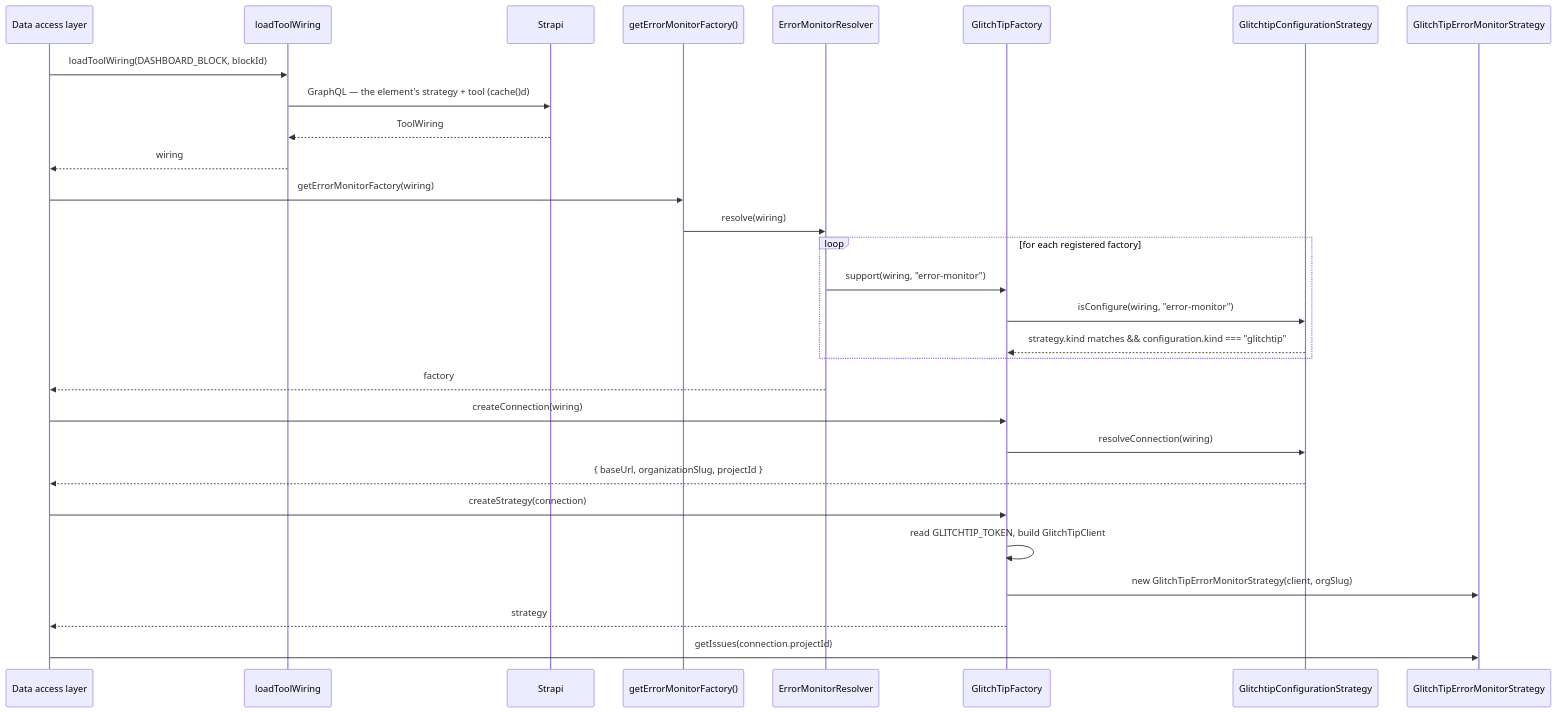
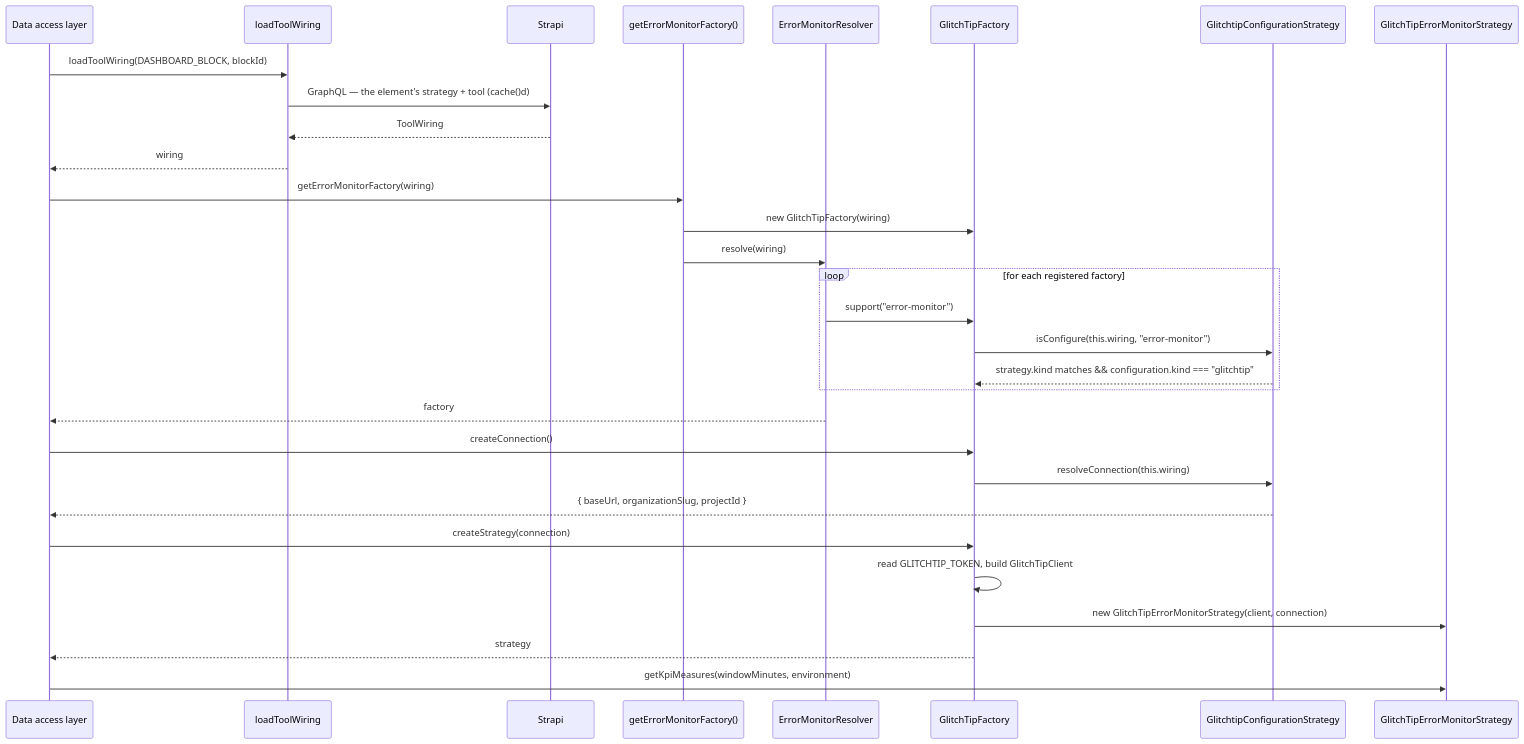
The second of 3 diagrams in apps/docs-site/docs/monitors.md (webteamuxco/dashboard-monitor), drawn with Mermaid before and after one commit. The commit also changed other lines of this file and 6 other files, not shown here.

````diff
--- a/apps/docs-site/docs/monitors.md
+++ b/apps/docs-site/docs/monitors.md
@@ -130,36 +133,37 @@
 ```mermaid
 sequenceDiagram
     participant Caller as Data access layer
     participant Load as loadToolWiring
     participant Strapi
     participant Get as getErrorMonitorFactory()
     participant Resolver as ErrorMonitorResolver
     participant Factory as GlitchTipFactory
     participant Config as GlitchtipConfigurationStrategy
     participant Strategy as GlitchTipErrorMonitorStrategy
 
     Caller->>Load: loadToolWiring(DASHBOARD_BLOCK, blockId)
     Load->>Strapi: GraphQL — the element's strategy + tool (cache()d)
     Strapi-->>Load: ToolWiring
     Load-->>Caller: wiring
 
     Caller->>Get: getErrorMonitorFactory(wiring)
+    Get->>Factory: new GlitchTipFactory(wiring)
     Get->>Resolver: resolve(wiring)
     loop for each registered factory
-        Resolver->>Factory: support(wiring, "error-monitor")
-        Factory->>Config: isConfigure(wiring, "error-monitor")
+        Resolver->>Factory: support("error-monitor")
+        Factory->>Config: isConfigure(this.wiring, "error-monitor")
         Config-->>Factory: strategy.kind matches && configuration.kind === "glitchtip"
     end
     Resolver-->>Caller: factory
 
-    Caller->>Factory: createConnection(wiring)
-    Factory->>Config: resolveConnection(wiring)
+    Caller->>Factory: createConnection()
+    Factory->>Config: resolveConnection(this.wiring)
     Config-->>Caller: { baseUrl, organizationSlug, projectId }
 
     Caller->>Factory: createStrategy(connection)
     Factory->>Factory: read GLITCHTIP_TOKEN, build GlitchTipClient
-    Factory->>Strategy: new GlitchTipErrorMonitorStrategy(client, orgSlug)
+    Factory->>Strategy: new GlitchTipErrorMonitorStrategy(client, connection)
     Factory-->>Caller: strategy
 
-    Caller->>Strategy: getIssues(connection.projectId)
+    Caller->>Strategy: getKpiMeasures(windowMinutes, environment)
 ```
````
